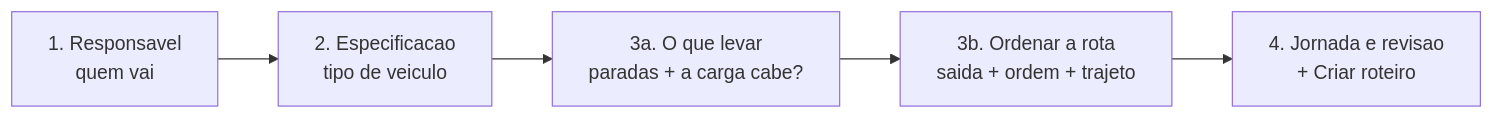
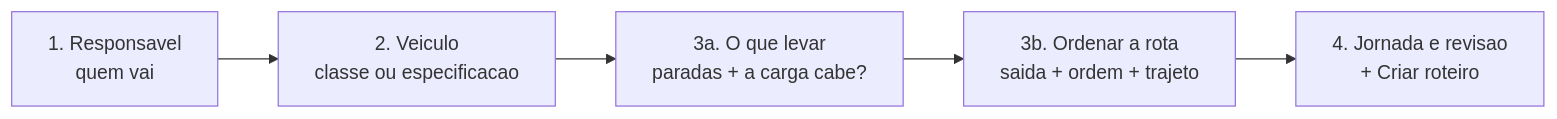
One commit to LocFlowTeam/locflow-docs changed the first of 2 diagrams in logistica/planejando-o-roteiro.md. Above: the diagram before and after it, drawn with Mermaid. The commit also changed other lines of this file and 11 other files, not shown here.

````diff
--- a/logistica/planejando-o-roteiro.md
+++ b/logistica/planejando-o-roteiro.md
@@ -27,7 +27,7 @@
 ```mermaid
 flowchart LR
-    P1[1. Responsavel<br/>quem vai] --> P2[2. Especificacao<br/>tipo de veiculo]
+    P1[1. Responsavel<br/>quem vai] --> P2[2. Veiculo<br/>classe ou especificacao]
     P2 --> P3a[3a. O que levar<br/>paradas + a carga cabe?]
     P3a --> P3b[3b. Ordenar a rota<br/>saida + ordem + trajeto]
     P3b --> P4[4. Jornada e revisao<br/>+ Criar roteiro]
 ```
````
